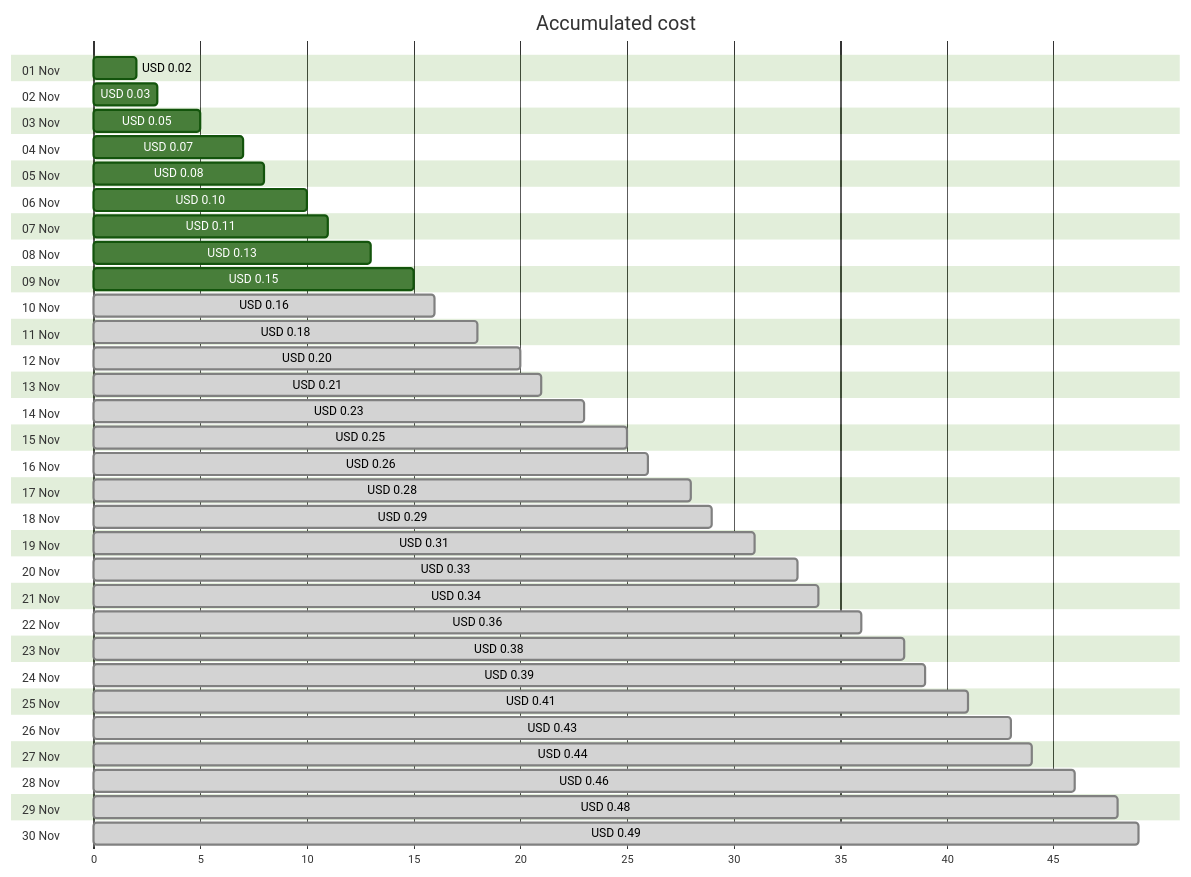
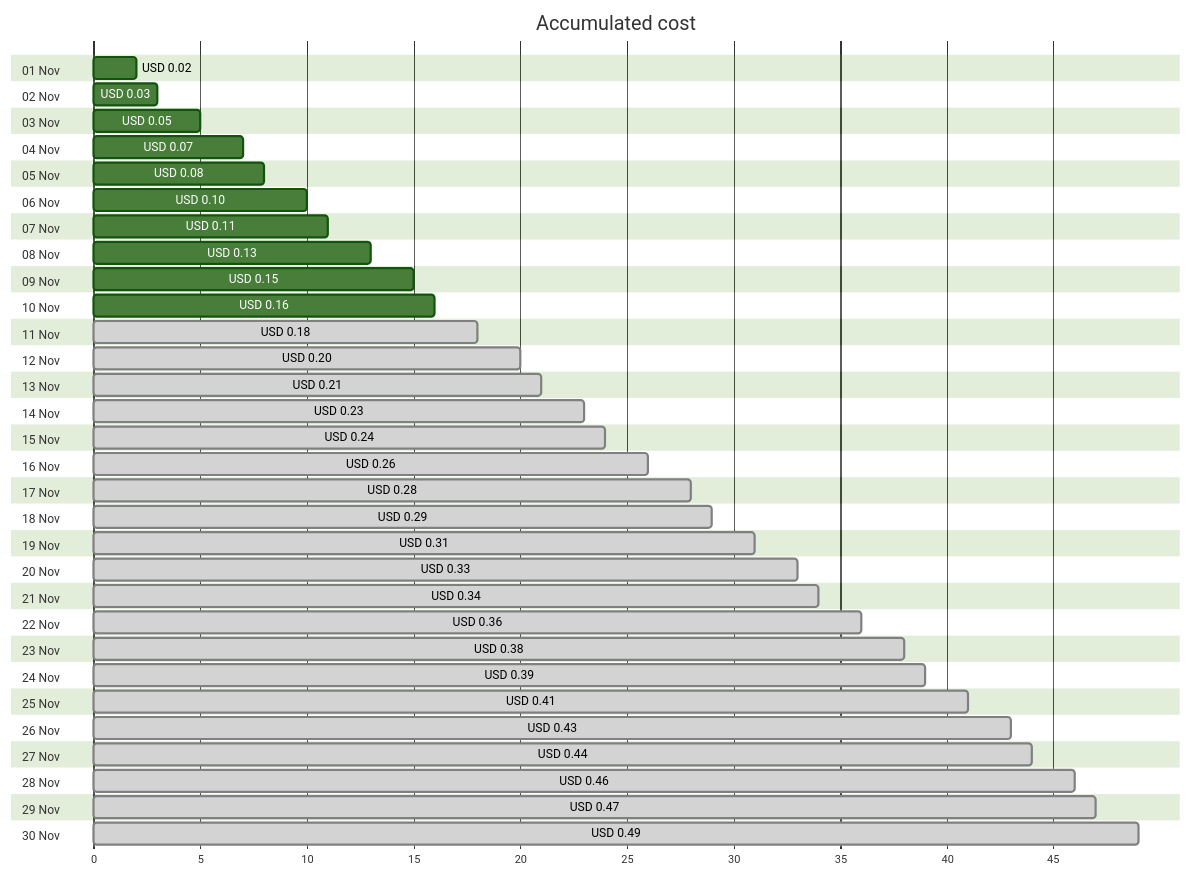
Before and after one commit to jpfulton/azure-personal-reports: the first of 4 diagrams in cost-reports/personal-dns/jpatrickfulton.dev.md, drawn with Mermaid (forest theme). The commit also changed other lines of this file and 2 other files, not shown here.

````diff
--- a/cost-reports/personal-dns/jpatrickfulton.dev.md
+++ b/cost-reports/personal-dns/jpatrickfulton.dev.md
@@ -20,66 +20,66 @@
 ```mermaid
 gantt
    title Accumulated cost
    dateFormat  X
    axisFormat %s
    section 01 Nov
    USD 0.02 :0, 2
    section 02 Nov
    USD 0.03 :0, 3
    section 03 Nov
    USD 0.05 :0, 5
    section 04 Nov
    USD 0.07 :0, 7
    section 05 Nov
    USD 0.08 :0, 8
    section 06 Nov
    USD 0.10 :0, 10
    section 07 Nov
    USD 0.11 :0, 11
    section 08 Nov
    USD 0.13 :0, 13
    section 09 Nov
    USD 0.15 :0, 15
    section 10 Nov
-   USD 0.16 : done, 0, 16
+   USD 0.16 :0, 16
    section 11 Nov
    USD 0.18 : done, 0, 18
    section 12 Nov
    USD 0.20 : done, 0, 20
    section 13 Nov
    USD 0.21 : done, 0, 21
    section 14 Nov
    USD 0.23 : done, 0, 23
    section 15 Nov
-   USD 0.25 : done, 0, 25
+   USD 0.24 : done, 0, 24
    section 16 Nov
    USD 0.26 : done, 0, 26
    section 17 Nov
    USD 0.28 : done, 0, 28
    section 18 Nov
    USD 0.29 : done, 0, 29
    section 19 Nov
    USD 0.31 : done, 0, 31
    section 20 Nov
    USD 0.33 : done, 0, 33
    section 21 Nov
    USD 0.34 : done, 0, 34
    section 22 Nov
    USD 0.36 : done, 0, 36
    section 23 Nov
    USD 0.38 : done, 0, 38
    section 24 Nov
    USD 0.39 : done, 0, 39
    section 25 Nov
    USD 0.41 : done, 0, 41
    section 26 Nov
    USD 0.43 : done, 0, 43
    section 27 Nov
    USD 0.44 : done, 0, 44
    section 28 Nov
    USD 0.46 : done, 0, 46
    section 29 Nov
-   USD 0.48 : done, 0, 48
+   USD 0.47 : done, 0, 47
    section 30 Nov
    USD 0.49 : done, 0, 49
 ```
````
